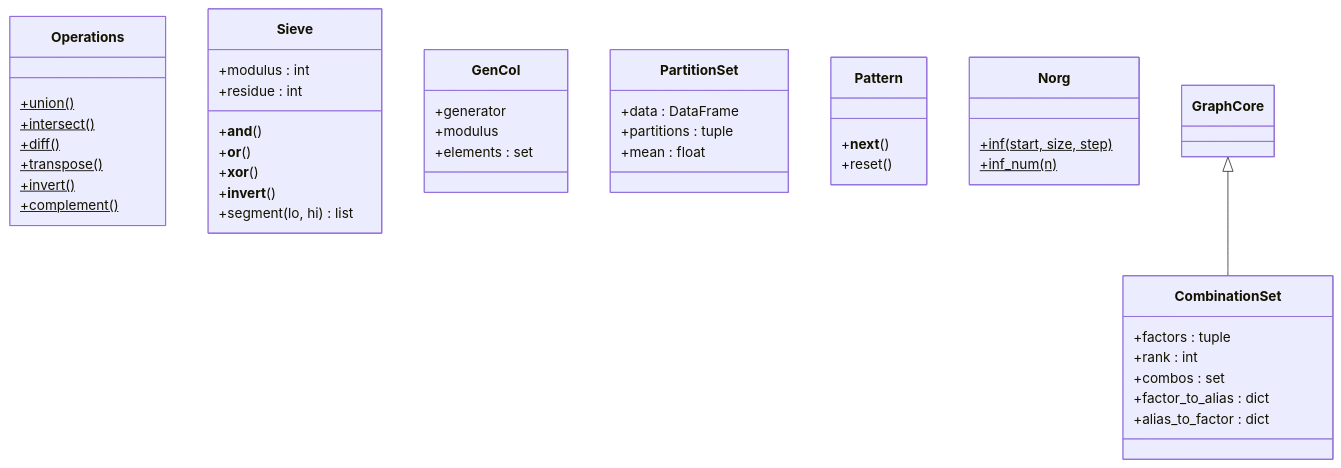
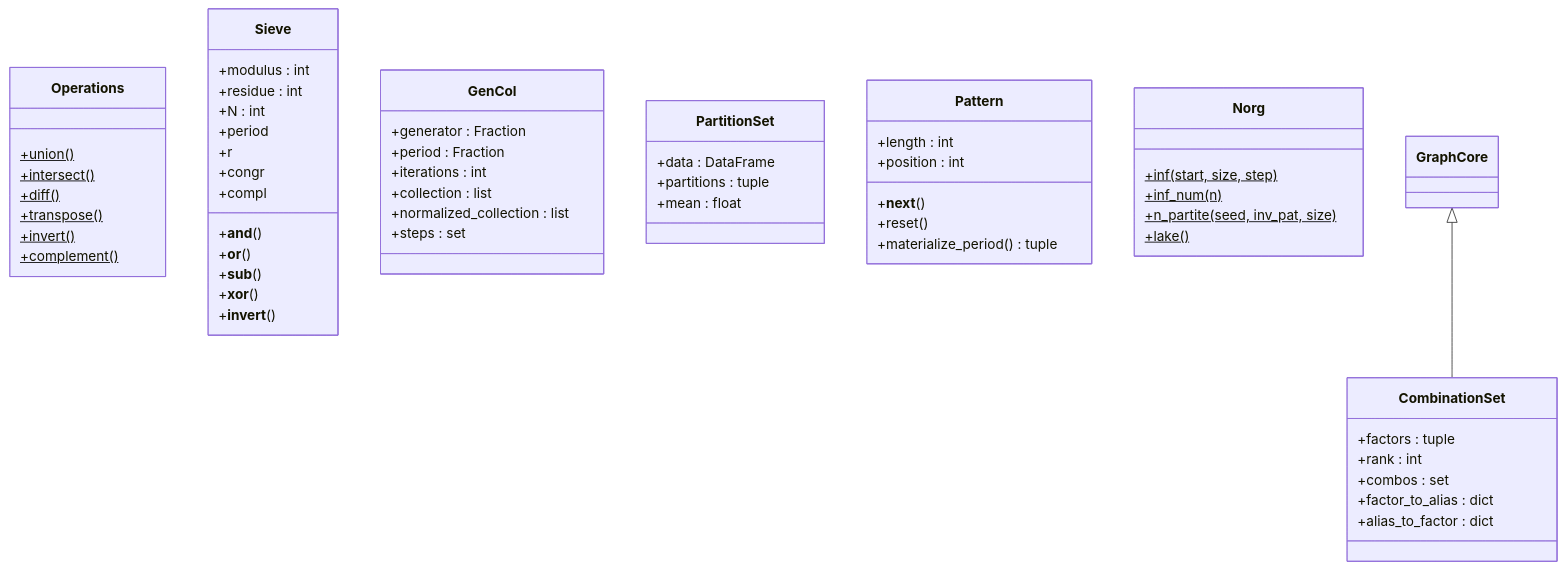
The fifth of 6 diagrams in docs/architecture/01_TOPOS.md (kr4g/Klotho), drawn with Mermaid before and after one commit. The commit also changed other lines of this file and 14 other files, not shown here.

First line of the commit message:
Refresh architecture docs and Sphinx index for 10.x API (10.11.1)

````diff
--- a/docs/architecture/01_TOPOS.md
+++ b/docs/architecture/01_TOPOS.md
@@ -484,53 +517,66 @@
 ```mermaid
 classDiagram
     class Operations {
         +union()$
         +intersect()$
         +diff()$
         +transpose()$
         +invert()$
         +complement()$
     }
 
     class Sieve {
         +modulus : int
         +residue : int
+        +N : int
+        +period
+        +r
+        +congr
+        +compl
         +__and__()
         +__or__()
+        +__sub__()
         +__xor__()
         +__invert__()
-        +segment(lo, hi) list
     }
 
     class GenCol {
-        +generator
-        +modulus
-        +elements : set
+        +generator : Fraction
+        +period : Fraction
+        +iterations : int
+        +collection : list
+        +normalized_collection : list
+        +steps : set
     }
 
     class CombinationSet {
         +factors : tuple
         +rank : int
         +combos : set
         +factor_to_alias : dict
         +alias_to_factor : dict
     }
 
     class PartitionSet {
         +data : DataFrame
         +partitions : tuple
         +mean : float
     }
 
     class Pattern {
+        +length : int
+        +position : int
         +__next__()
         +reset()
+        +materialize_period() tuple
     }
 
     class Norg {
         +inf(start, size, step)$
         +inf_num(n)$
+        +n_partite(seed, inv_pat, size)$
+        +lake()$
     }
 
     GraphCore <|-- CombinationSet
 ```
````
